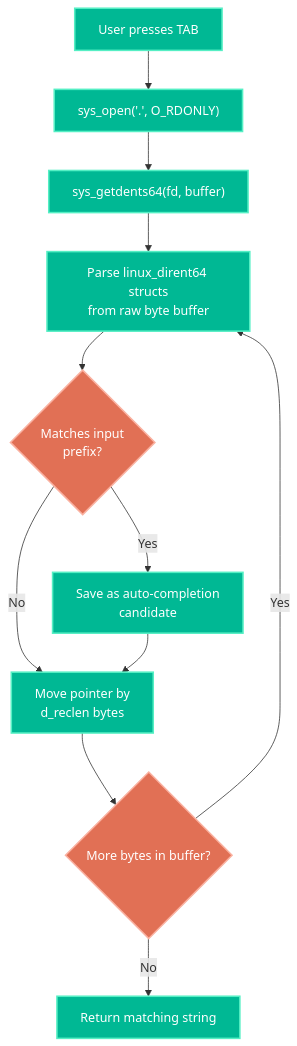
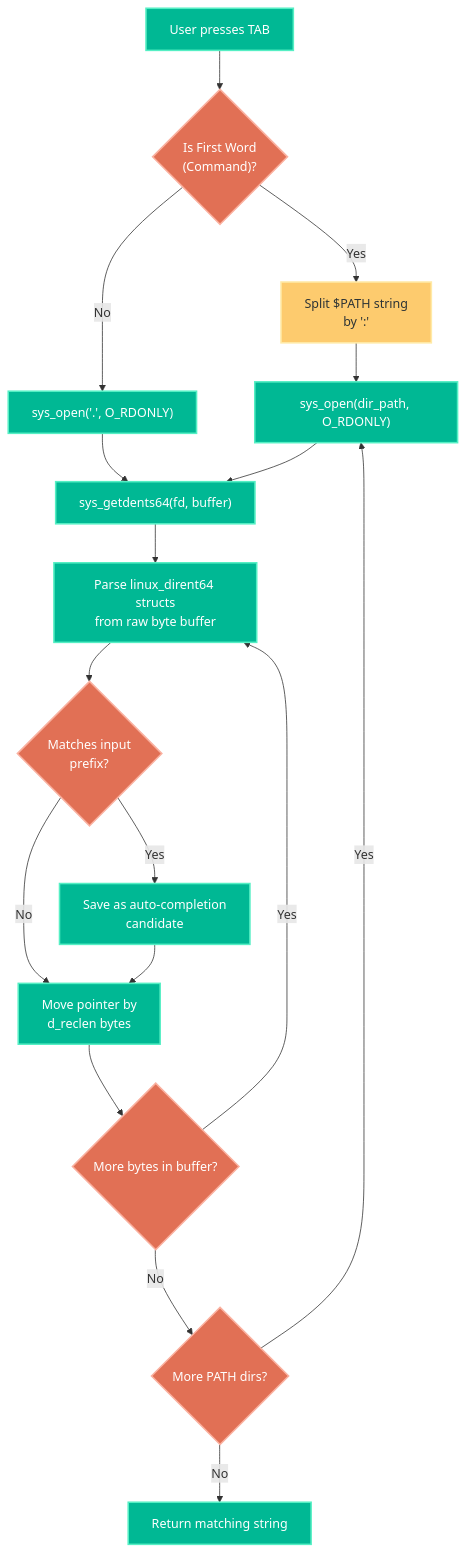
The fifth of 10 diagrams in README.md (Rohitbansaldeveloper/Linux-POSIX-Shell-Implementation-Using-System-Calls-in-C), drawn with Mermaid before and after one commit. The commit also changed other lines of this file, not shown here.

Commit message:
docs: Update flowcharts for Advanced Features

````diff
--- a/README.md
+++ b/README.md
@@ -107,16 +140,26 @@
 ```mermaid
 flowchart TD
     classDef step fill:#00b894,stroke:#55efc4,stroke-width:2px,color:#fff;
     classDef check fill:#e17055,stroke:#fab1a0,stroke-width:2px,color:#fff;
+    classDef env fill:#fdcb6e,stroke:#ffeaa7,stroke-width:2px,color:#2d3436;
 
-    Start["User presses TAB"]:::step --> OpenDir["sys_open('.', O_RDONLY)"]:::step
+    Start["User presses TAB"]:::step --> CheckCmd{"Is First Word<br/>(Command)?"}:::check
+    CheckCmd -->|"Yes"| SplitPath["Split $PATH string<br/>by ':'"]:::env
+    SplitPath --> OpenDir["sys_open(dir_path, O_RDONLY)"]:::step
+    
+    CheckCmd -->|"No"| OpenLocal["sys_open('.', O_RDONLY)"]:::step
+    OpenLocal --> GetDents
+    
     OpenDir --> GetDents["sys_getdents64(fd, buffer)"]:::step
     GetDents --> ReadBuffer["Parse linux_dirent64 structs<br/>from raw byte buffer"]:::step
     ReadBuffer --> CheckPrefix{"Matches input<br/>prefix?"}:::check
     CheckPrefix -->|"Yes"| SaveMatch["Save as auto-completion<br/>candidate"]:::step
     CheckPrefix -->|"No"| NextEntry["Move pointer by<br/>d_reclen bytes"]:::step
     SaveMatch --> NextEntry
     NextEntry --> EOFCheck{"More bytes in buffer?"}:::check
     EOFCheck -->|"Yes"| ReadBuffer
-    EOFCheck -->|"No"| Complete["Return matching string"]:::step
+    EOFCheck -->|"No"| PathCheck{"More PATH dirs?"}:::check
+    
+    PathCheck -->|"Yes"| OpenDir
+    PathCheck -->|"No"| Complete["Return matching string"]:::step
 ```
````
